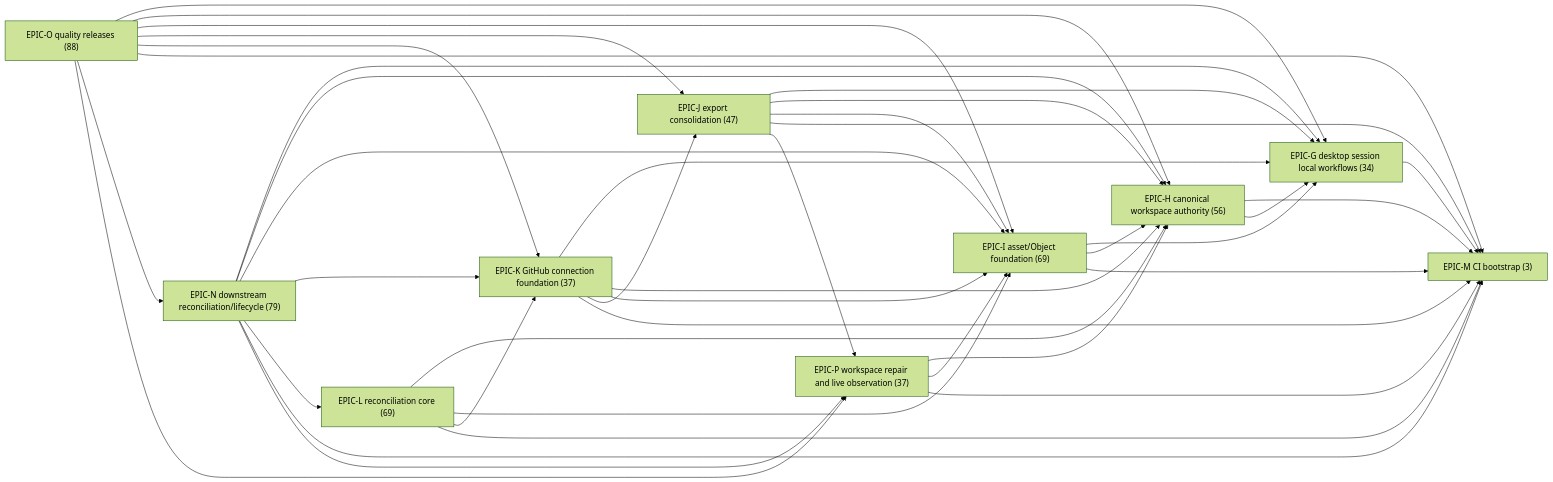
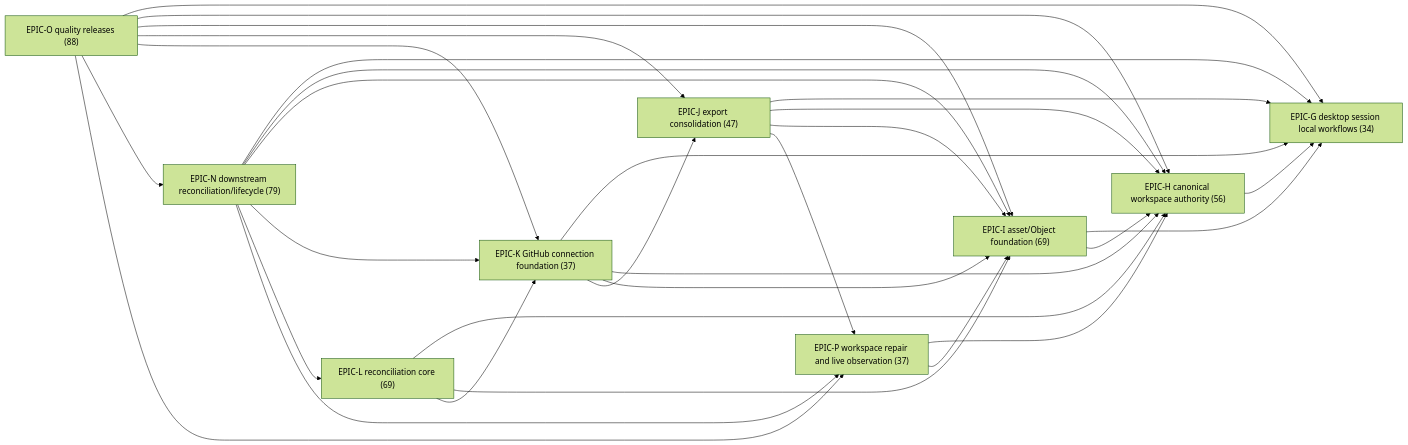
The diagram in .constitution/tasks/critical-path.md (SkrOYC/burlmd), drawn with Mermaid (forest theme) before and after one commit. The commit also changed other lines of this file and 7 other files, not shown here.

````diff
--- a/.constitution/tasks/critical-path.md
+++ b/.constitution/tasks/critical-path.md
@@ -34,51 +33,41 @@
 ```mermaid
 flowchart LR
   G["EPIC-G desktop session local workflows (34)"]
   H["EPIC-H canonical workspace authority (56)"]
   I["EPIC-I asset/Object foundation (69)"]
   J["EPIC-J export consolidation (47)"]
   K["EPIC-K GitHub connection foundation (37)"]
   L["EPIC-L reconciliation core (69)"]
-  M["EPIC-M CI bootstrap (3)"]
   N["EPIC-N downstream reconciliation/lifecycle (79)"]
   O["EPIC-O quality releases (88)"]
   P["EPIC-P workspace repair and live observation (37)"]
-  G --> M
-  H --> M
   H --> G
   I --> G
   I --> H
-  I --> M
   J --> G
   J --> H
   J --> I
-  J --> M
   J --> P
   K --> G
   K --> H
   K --> I
   K --> J
-  K --> M
   L --> H
   L --> I
   L --> K
-  L --> M
   N --> G
   N --> H
   N --> I
   N --> K
   N --> L
-  N --> M
   N --> P
   O --> G
   O --> H
   O --> I
   O --> J
   O --> K
-  O --> M
   O --> N
   O --> P
   P --> H
   P --> I
-  P --> M
 ```
````
